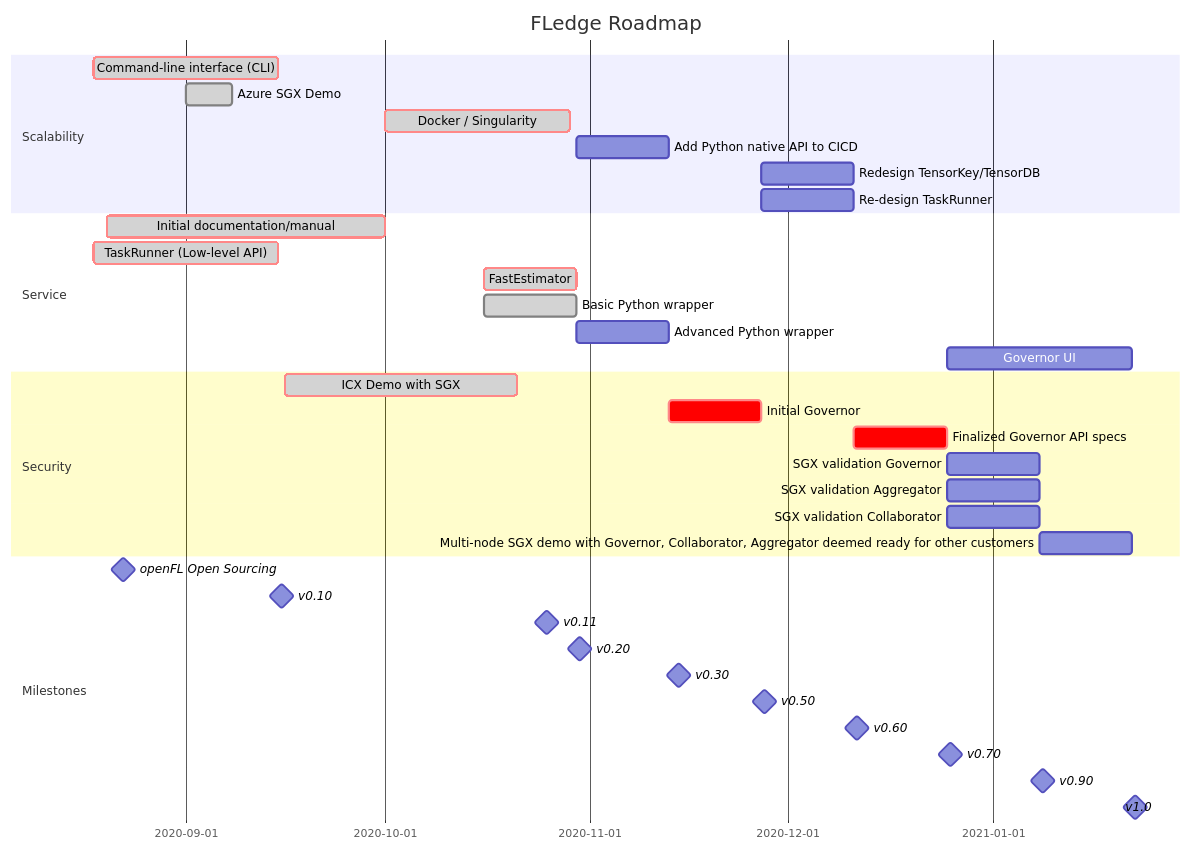
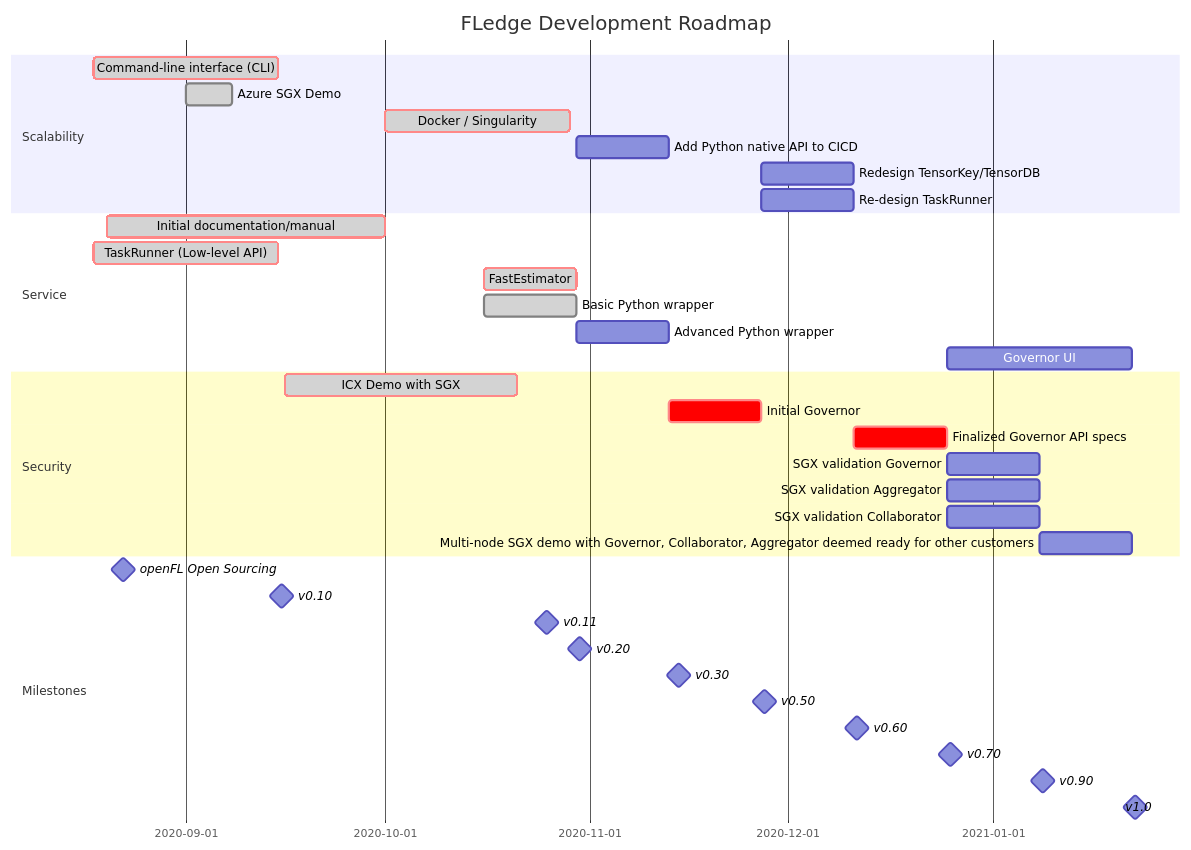
Before and after one commit to psfoley/openfl: the diagram in docs/mermaid/roadmap.md, drawn with Mermaid.

````diff
--- a/docs/mermaid/roadmap.md
+++ b/docs/mermaid/roadmap.md
@@ -1,53 +1,53 @@
 ```mermaid
 gantt
 
     dateFormat  YYYY-MM-DD
-    title FLedge Roadmap
+    title FLedge Development Roadmap
     %% Intel IOTG Federated Learning
 
     section Scalability
 
         Command-line interface (CLI)  : done, crit, tag_cli, 2020-08-18, 4w
         Azure SGX Demo                : done, tag_azure_demo, 2020-09-01, 1w
         Docker / Singularity           : crit, done, tag_container, 2020-10-01, 4w
         Add Python native API to CICD : tag_python_api_cicd, 2020-10-30, 2w
         Redesign TensorKey/TensorDB   : tag_tensorkey, 2020-11-27, 2w
         Re-design TaskRunner          : tag_taskrunner, 2020-11-27, 2w
 
     section Service
 
         Initial documentation/manual : done, crit, tag_docs, 2020-08-20, 6w
         TaskRunner (Low-level API)   : done, crit, tag_lowlevel, 2020-08-18, 4w
         FastEstimator                : crit, done, tag_fastestimator, 2020-10-16, 2w
         Basic Python wrapper         : done, tag_basicpython, 2020-10-16, 2w
         Advanced Python wrapper      : tag_advanced_python, after tag_basicpython, 2w
         Governor UI                  : tag_governor, after tag_final_api_gov, 4w
         
     section Security
 
         ICX Demo with SGX : done, crit, tag_icx_demo, 2020-09-16, 5w
         Initial Governor  : crit, tag_init_governor, after tag_advanced_python, 2w
 
         Finalized Governor API specs : crit, tag_final_api_gov, after tag_taskrunner, 2w
 
         SGX validation Governor     : tag_valid_governor, after tag_final_api_gov, 2w
         SGX validation Aggregator   : tag_valid_aggregator, after tag_final_api_gov, 2w
         SGX validation Collaborator : tag_valid_collaborator, after tag_final_api_gov, 2w
 
         Multi-node SGX demo with Governor, Collaborator, Aggregator deemed ready for other customers : tag_1.0, after tag_valid_governor, 2w
 
     section Milestones
 
         openFL Open Sourcing: milestone, openFL, 2020-08-22, 1d
         
         v0.10 : milestone, v0.10, 2020-09-15, 1d
         v0.11 : milestone, v0.11, 2020-10-25, 1d
         v0.20 : milestone, v0.20, 2020-10-30, 1d
         v0.30 : milestone, v0.30, 2020-11-14, 1d
         v0.50 : milestone, v0.50, 2020-11-27, 1d
         v0.60 : milestone, v0.60, 2020-12-11, 1d
         v0.70 : milestone, v0.70, 2020-12-25, 1d
         v0.90 : milestone, v0.90, 2021-01-08, 1d
         v1.0  : milestone, v1.0,  2021-01-22, 1d
         
 ```
````
